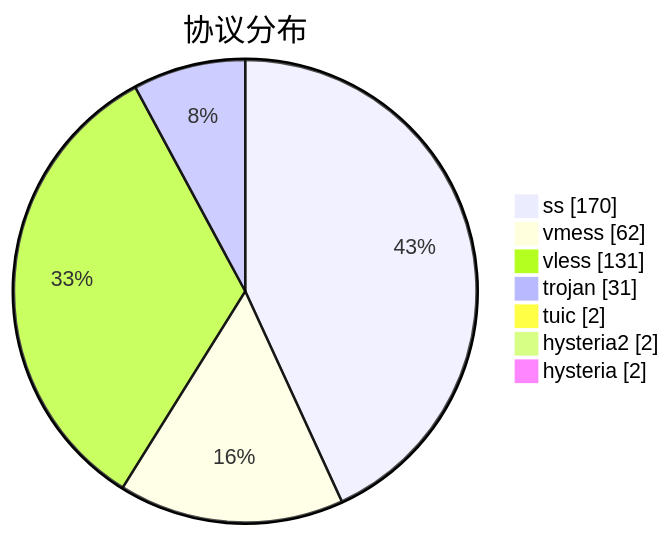
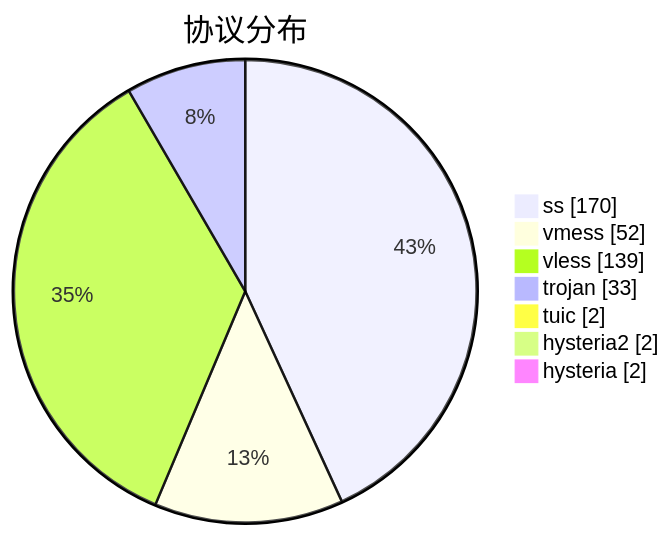
The third of 3 diagrams in subs/statistics/tested_within.md (qjlxg/airport), drawn with Mermaid before and after one commit. The commit also changed other lines of this file and 2 other files, not shown here.

````diff
--- a/subs/statistics/tested_within.md
+++ b/subs/statistics/tested_within.md
@@ -34,11 +32,11 @@
 ```mermaid
 pie showData
 title 协议分布
 "ss" : 170
-"vmess" : 62
-"vless" : 131
-"trojan" : 31
+"vmess" : 52
+"vless" : 139
+"trojan" : 33
 "tuic" : 2
 "hysteria2" : 2
 "hysteria" : 2
 ```
````
